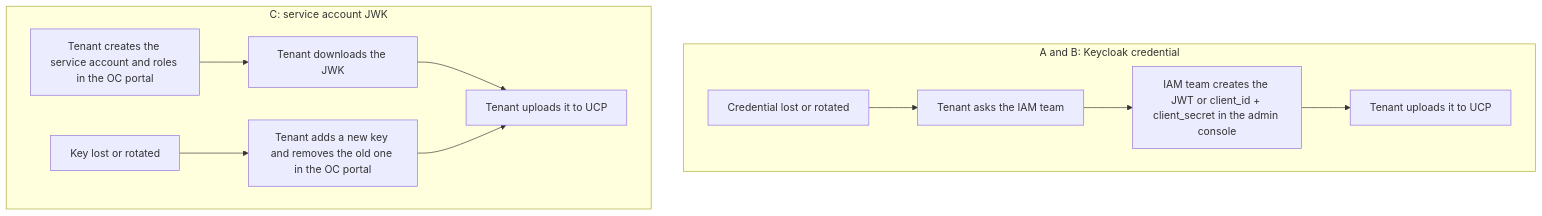
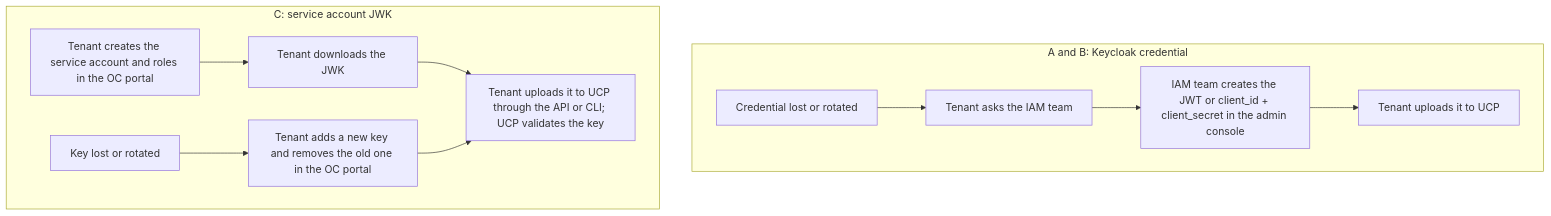
One commit to aripermana-putra/ucp-docs-collection changed the first of 3 diagrams in docs/projects/universal-control-plane-ucp/research/onecloud-service-account-authentication.md. Above: the diagram before and after it, drawn with Mermaid. The commit also changed other lines of this file, not shown here.

Commit message:
docs: record JWK onboarding flow and Ed25519-only validation in OneCloud auth research

````diff
--- a/docs/projects/universal-control-plane-ucp/research/onecloud-service-account-authentication.md
+++ b/docs/projects/universal-control-plane-ucp/research/onecloud-service-account-authentication.md
@@ -59,14 +59,14 @@
 ```mermaid
 flowchart TD
     subgraph AB[A and B: Keycloak credential]
         A1[Tenant asks the IAM team] --> A2[IAM team creates the JWT or client_id + client_secret in the admin console]
         A2 --> A3[Tenant uploads it to UCP]
         A4[Credential lost or rotated] --> A1
     end
     subgraph C[C: service account JWK]
         C1[Tenant creates the service account and roles in the OC portal] --> C2[Tenant downloads the JWK]
-        C2 --> C3[Tenant uploads it to UCP]
+        C2 --> C3[Tenant uploads it to UCP through the API or CLI; UCP validates the key]
         C4[Key lost or rotated] --> C5[Tenant adds a new key and removes the old one in the OC portal]
         C5 --> C3
     end
 ```
````
